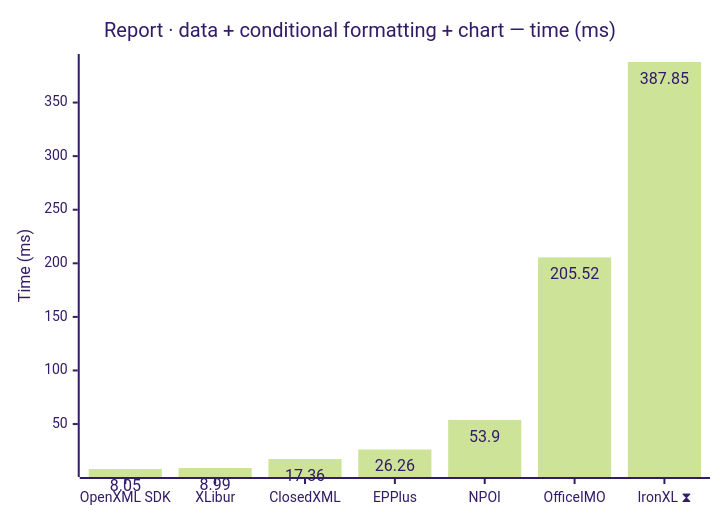
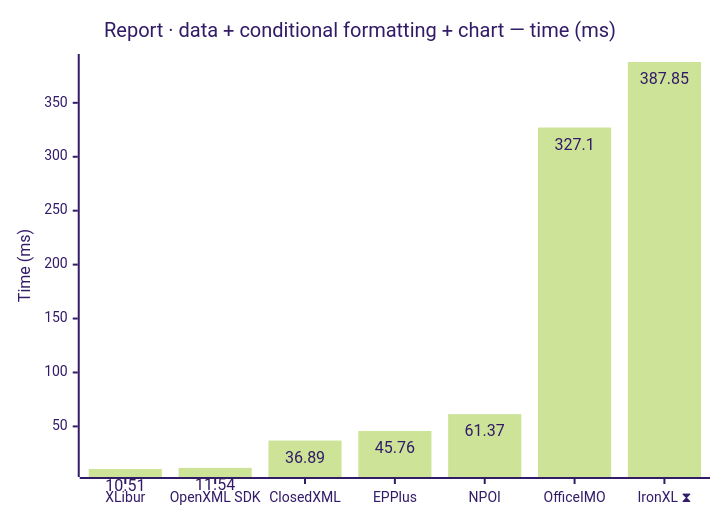
One commit to jafin/XLBench changed the seventh of 12 diagrams in docs/results-ci.md. Above: the diagram before and after it, drawn with Mermaid (forest theme). The commit also changed other lines of this file, not shown here.

````diff
--- a/docs/results-ci.md
+++ b/docs/results-ci.md
@@ -121,12 +121,12 @@
 ```mermaid
 ---
 config:
   xyChart:
     showDataLabel: true
 ---
 xychart-beta
     title "Report · data + conditional formatting + chart — time (ms)"
-    x-axis ["OpenXML SDK", "XLibur", "ClosedXML", "EPPlus", "NPOI", "OfficeIMO", "IronXL ⧗"]
+    x-axis ["XLibur", "OpenXML SDK", "ClosedXML", "EPPlus", "NPOI", "OfficeIMO", "IronXL ⧗"]
     y-axis "Time (ms)"
-    bar [8.05, 8.99, 17.36, 26.26, 53.9, 205.52, 387.85]
+    bar [10.51, 11.54, 36.89, 45.76, 61.37, 327.1, 387.85]
 ```
````
